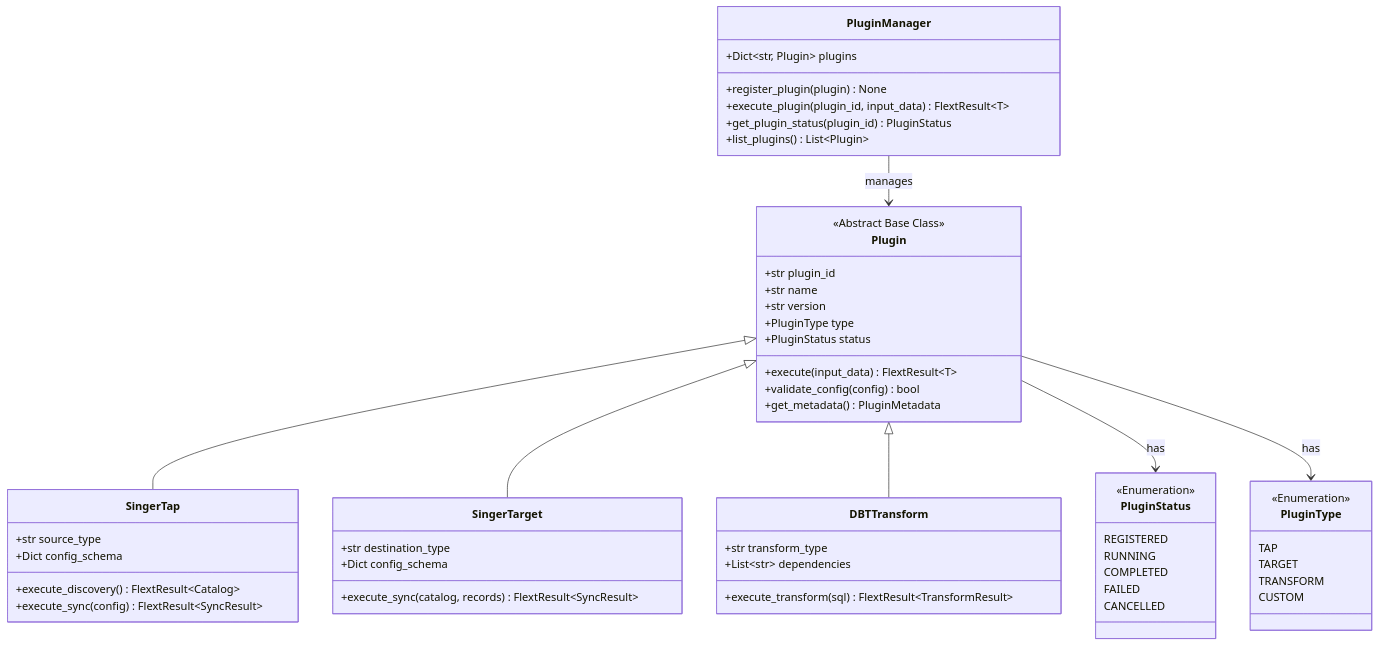
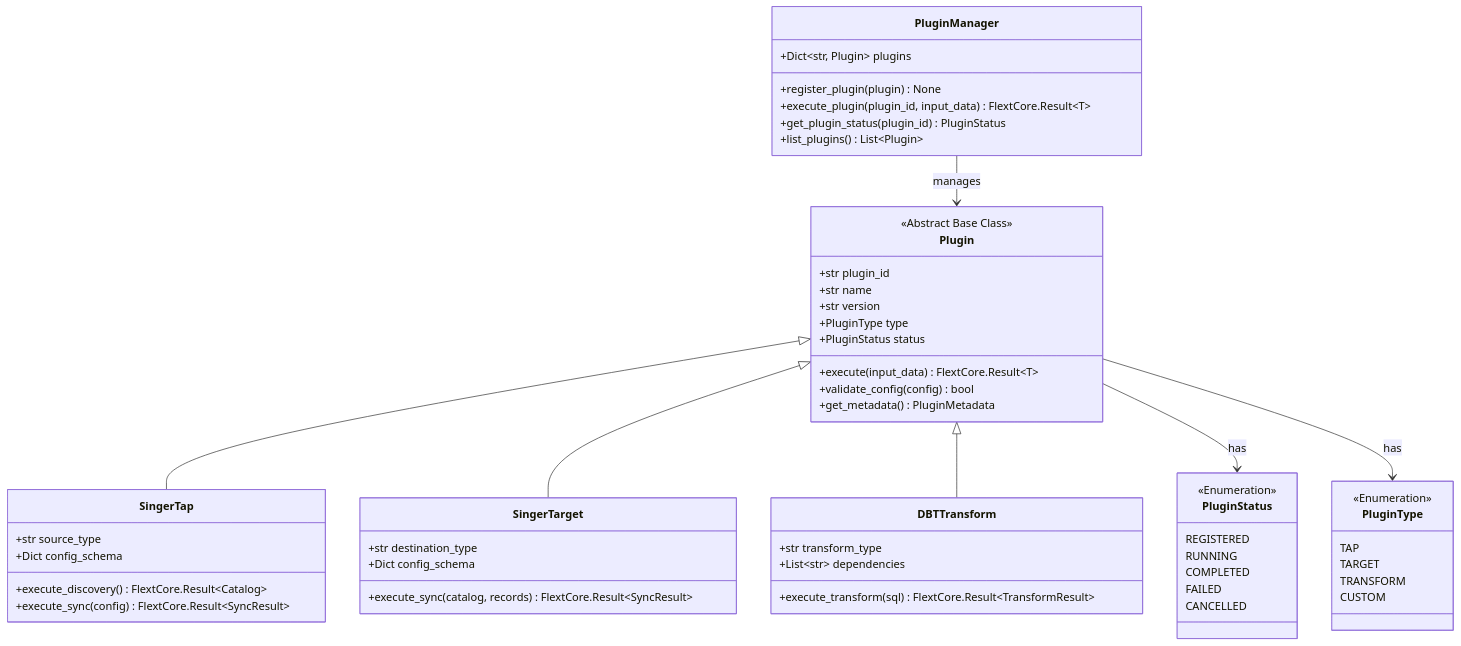
The eighth of 10 diagrams in docs/architecture/c4-model/code-diagrams.md (flext-sh/flext), drawn with Mermaid before and after one commit. The commit also changed other lines of this file and 204 other files, not shown here.

````diff
--- a/docs/architecture/c4-model/code-diagrams.md
+++ b/docs/architecture/c4-model/code-diagrams.md
@@ -353,65 +353,65 @@
 ```mermaid
 classDiagram
     class PluginManager {
         +Dict~str, Plugin~ plugins
         +register_plugin(plugin) None
-        +execute_plugin(plugin_id, input_data) FlextResult~T~
+        +execute_plugin(plugin_id, input_data) FlextCore.Result~T~
         +get_plugin_status(plugin_id) PluginStatus
         +list_plugins() List~Plugin~
     }
-    
+
     class Plugin {
         <<Abstract Base Class>>
         +str plugin_id
         +str name
         +str version
         +PluginType type
         +PluginStatus status
-        +execute(input_data) FlextResult~T~
+        +execute(input_data) FlextCore.Result~T~
         +validate_config(config) bool
         +get_metadata() PluginMetadata
     }
-    
+
     class SingerTap {
         +str source_type
         +Dict config_schema
-        +execute_discovery() FlextResult~Catalog~
-        +execute_sync(config) FlextResult~SyncResult~
+        +execute_discovery() FlextCore.Result~Catalog~
+        +execute_sync(config) FlextCore.Result~SyncResult~
     }
-    
+
     class SingerTarget {
         +str destination_type
         +Dict config_schema
-        +execute_sync(catalog, records) FlextResult~SyncResult~
+        +execute_sync(catalog, records) FlextCore.Result~SyncResult~
     }
-    
+
     class DBTTransform {
         +str transform_type
         +List~str~ dependencies
-        +execute_transform(sql) FlextResult~TransformResult~
+        +execute_transform(sql) FlextCore.Result~TransformResult~
     }
-    
+
     class PluginStatus {
         <<Enumeration>>
         REGISTERED
         RUNNING
         COMPLETED
         FAILED
         CANCELLED
     }
-    
+
     class PluginType {
         <<Enumeration>>
         TAP
         TARGET
         TRANSFORM
         CUSTOM
     }
-    
+
     PluginManager --> Plugin : manages
     Plugin <|-- SingerTap
     Plugin <|-- SingerTarget
     Plugin <|-- DBTTransform
     Plugin --> PluginStatus : has
     Plugin --> PluginType : has
 ```
````
